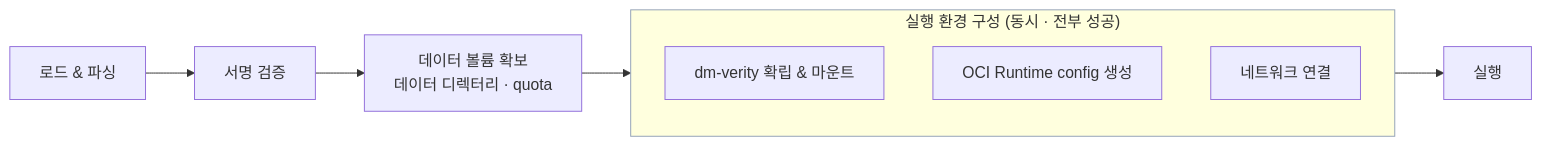
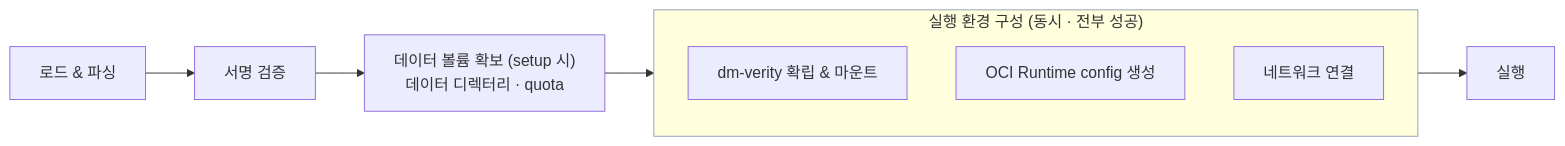
One commit to mobis-oss/ssam changed the second of 3 diagrams in docs/architecture/execution.ko.md. Above: the diagram before and after it, drawn with Mermaid. The commit also changed other lines of this file and 13 other files, not shown here.

````diff
--- a/docs/architecture/execution.ko.md
+++ b/docs/architecture/execution.ko.md
@@ -80,16 +80,16 @@
 ```mermaid
 flowchart LR
   L["로드 &amp; 파싱"] --> V["서명 검증"]
-  V --> VOL["데이터 볼륨 확보<br/>데이터 디렉터리 · quota"]
+  V --> VOL["데이터 볼륨 확보 (setup 시)<br/>데이터 디렉터리 · quota"]
   VOL --> SU
 
   subgraph SU["실행 환경 구성 (동시 · 전부 성공)"]
     direction TB
     M["dm-verity 확립 &amp; 마운트"]
     C["OCI Runtime config 생성"]
     N["네트워크 연결"]
   end
 
   SU --> H["실행"]
   style SU stroke:#94a3b8
 ```
````
